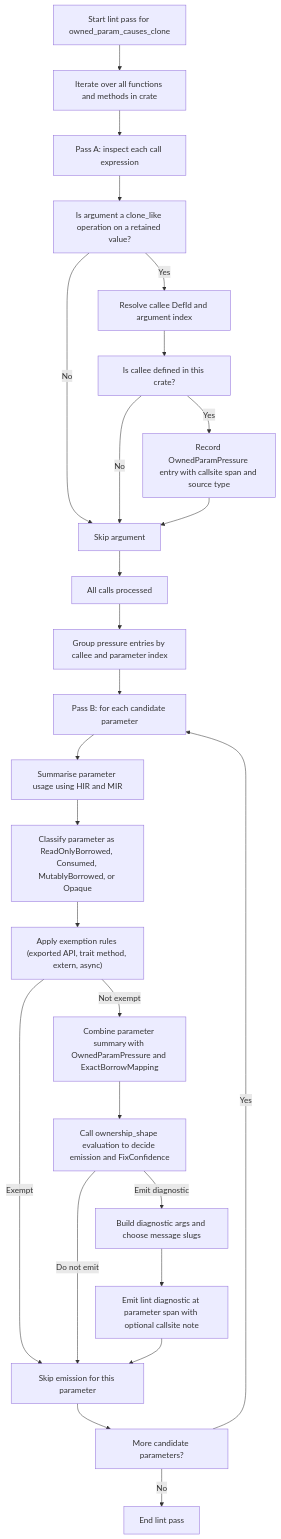
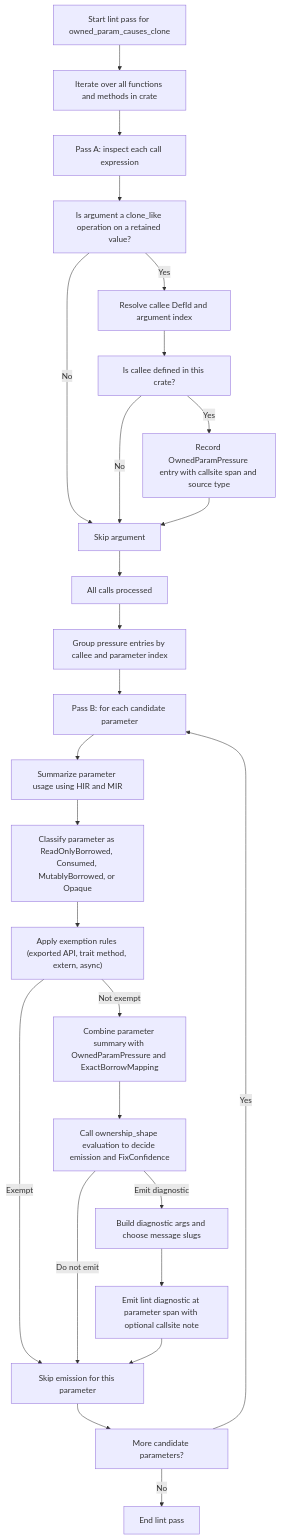
The second of 2 diagrams in docs/ownership-shape-lints-design.md (leynos/whitaker), drawn with Mermaid before and after one commit. The commit also changed other lines of this file and 97 other files, not shown here.

````diff
--- a/docs/ownership-shape-lints-design.md
+++ b/docs/ownership-shape-lints-design.md
@@ -635,36 +635,36 @@
 ```mermaid
 graph TD
   A["Start lint pass for owned_param_causes_clone"] --> B["Iterate over all functions and methods in crate"]
   B --> C["Pass A: inspect each call expression"]
 
   C --> C1["Is argument a clone_like operation on a retained value?"]
   C1 -- "No" --> C_NEXT["Skip argument"]
   C1 -- "Yes" --> C2["Resolve callee DefId and argument index"]
 
   C2 --> C3["Is callee defined in this crate?"]
   C3 -- "No" --> C_NEXT
   C3 -- "Yes" --> C4["Record OwnedParamPressure entry with callsite span and source type"]
 
   C4 --> C_NEXT
   C_NEXT --> C_DONE["All calls processed"]
   C_DONE --> D["Group pressure entries by callee and parameter index"]
 
   D --> E["Pass B: for each candidate parameter"]
-  E --> E1["Summarise parameter usage using HIR and MIR"]
+  E --> E1["Summarize parameter usage using HIR and MIR"]
   E1 --> E2["Classify parameter as ReadOnlyBorrowed, Consumed, MutablyBorrowed, or Opaque"]
 
   E2 --> E3["Apply exemption rules (exported API, trait method, extern, async)"]
   E3 -- "Exempt" --> NEXT_PARAM["Skip emission for this parameter"]
   E3 -- "Not exempt" --> E4["Combine parameter summary with OwnedParamPressure and ExactBorrowMapping"]
 
   E4 --> E5["Call ownership_shape evaluation to decide emission and FixConfidence"]
   E5 -- "Do not emit" --> NEXT_PARAM
   E5 -- "Emit diagnostic" --> F["Build diagnostic args and choose message slugs"]
 
   F --> G["Emit lint diagnostic at parameter span with optional callsite note"]
   G --> NEXT_PARAM
 
   NEXT_PARAM --> H["More candidate parameters?"]
   H -- "Yes" --> E
   H -- "No" --> I["End lint pass"]
 ```
````
